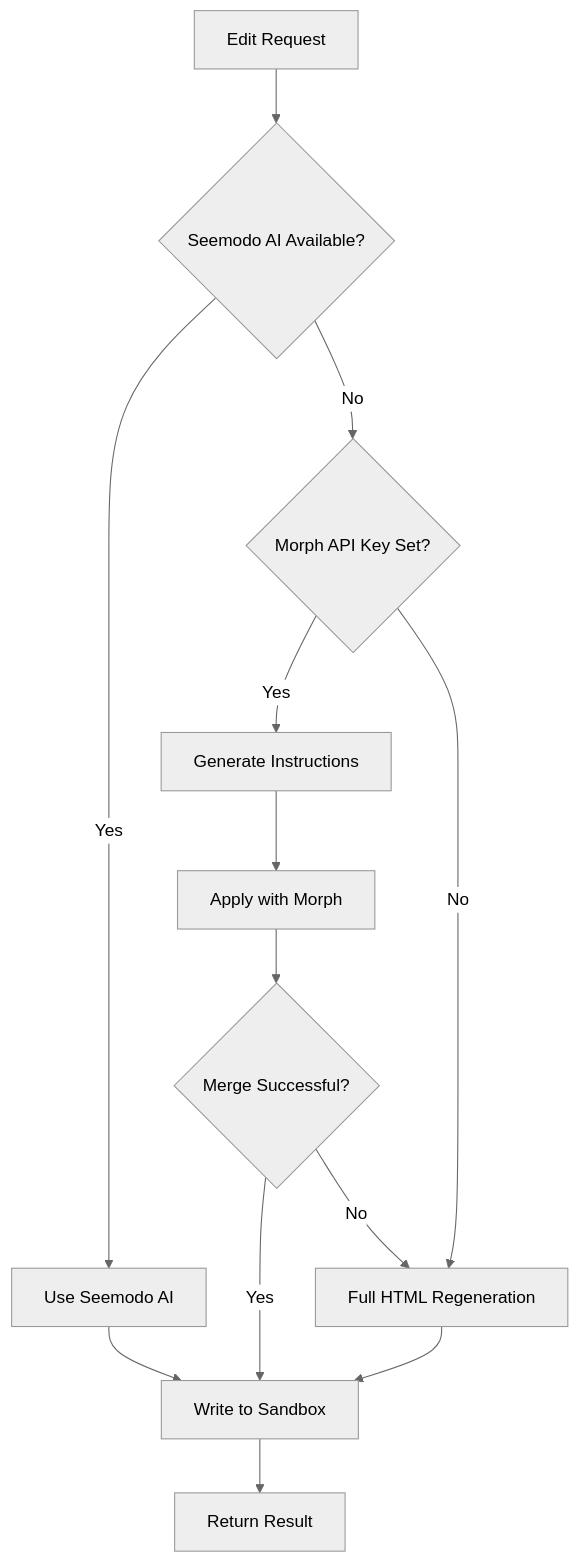
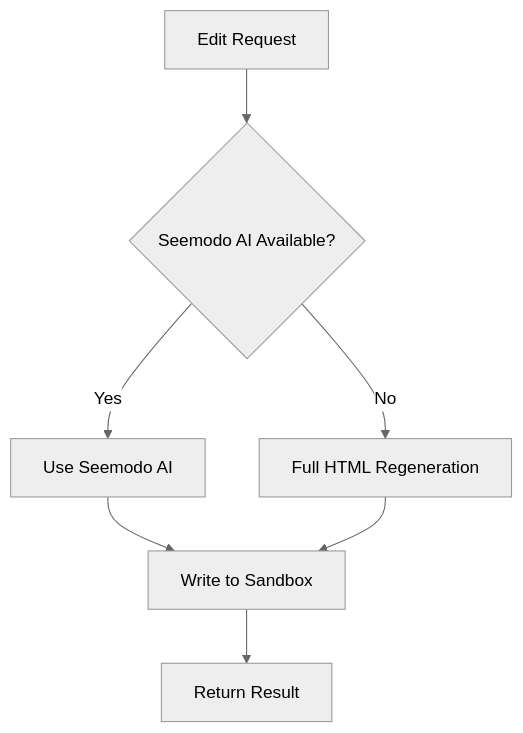
One commit to Seemodo/docs changed the diagram in api-reference/endpoint/edit-screen.mdx. Above: the diagram before and after it, drawn with Mermaid (neutral theme). The commit also changed other lines of this file and 14 other files, not shown here.

Commit message:
Refactor documentation to remove references to Morph API and streamline content; update API endpoint descriptions for clarity, and delete the getting started guide to enhance focus on core features.

````diff
--- a/api-reference/endpoint/edit-screen.mdx
+++ b/api-reference/endpoint/edit-screen.mdx
@@ -110,15 +106,9 @@
 ```mermaid
 flowchart TD
     A[Edit Request] --> B{Seemodo AI Available?}
     B -->|Yes| C[Use Seemodo AI]
-    B -->|No| D{Morph API Key Set?}
+    B -->|No| D[Full HTML Regeneration]
     C --> E[Write to Sandbox]
-    D -->|Yes| F[Generate Instructions]
-    D -->|No| G[Full HTML Regeneration]
-    F --> H[Apply with Morph]
-    H --> I{Merge Successful?}
-    I -->|Yes| E
-    I -->|No| G
-    G --> E
-    E --> J[Return Result]
+    D --> E
+    E --> F[Return Result]
 ```
````
